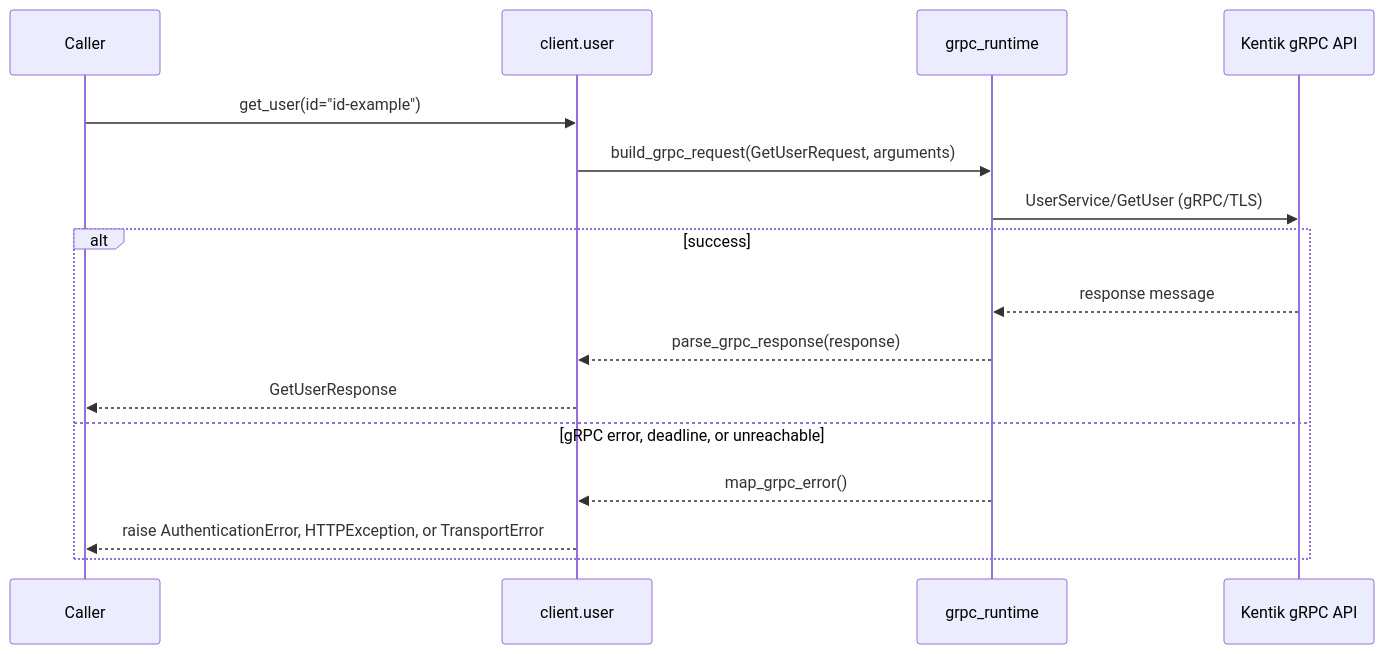
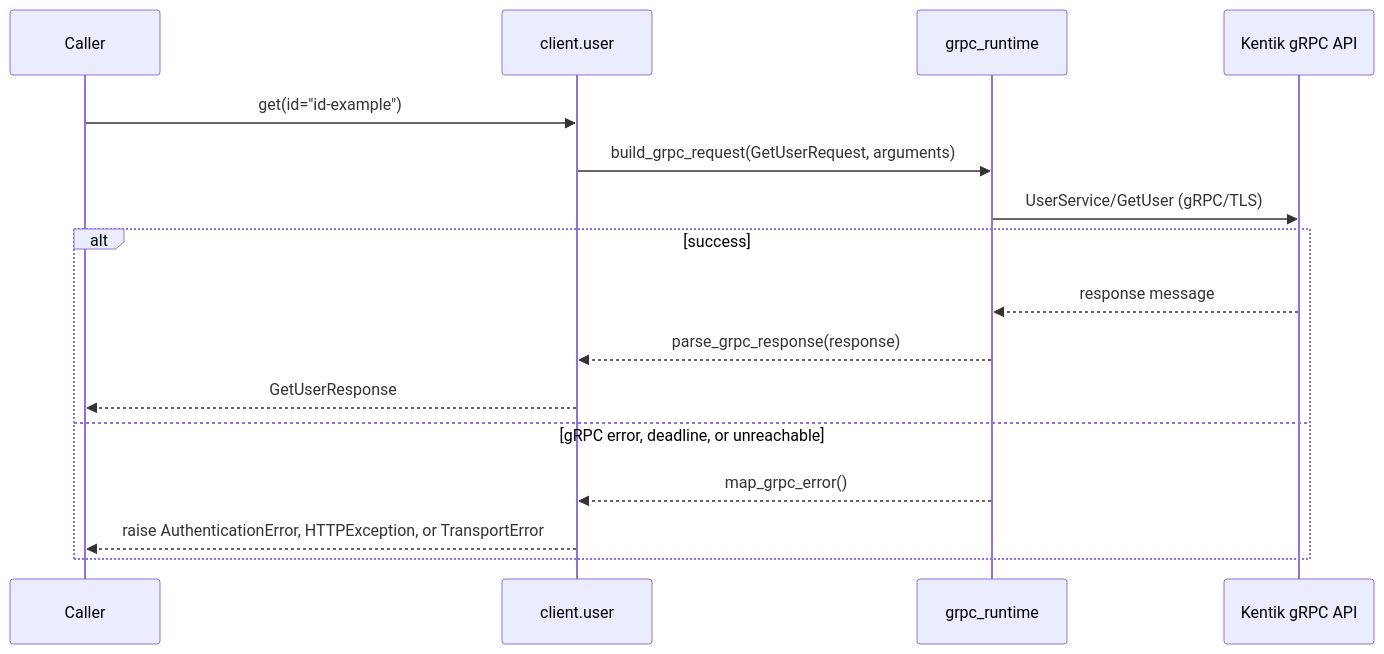
One commit to alexdearaujo/community_sdk_python changed the seventh of 16 diagrams in docs/sphinx/services/user.md. Above: the diagram before and after it, drawn with Mermaid. The commit also changed other lines of this file and 119 other files, not shown here.

````diff
--- a/docs/sphinx/services/user.md
+++ b/docs/sphinx/services/user.md
@@ -204,19 +204,19 @@
 ```mermaid
 sequenceDiagram
     participant C as Caller
     participant W as client.user
     participant R as grpc_runtime
     participant API as Kentik gRPC API
 
-    C->>W: get_user(id="id-example")
+    C->>W: get(id="id-example")
     W->>R: build_grpc_request(GetUserRequest, arguments)
     R->>API: UserService/GetUser (gRPC/TLS)
     alt success
         API-->>R: response message
         R-->>W: parse_grpc_response(response)
         W-->>C: GetUserResponse
     else gRPC error, deadline, or unreachable
         R-->>W: map_grpc_error()
         W-->>C: raise AuthenticationError, HTTPException, or TransportError
     end
 ```
````
